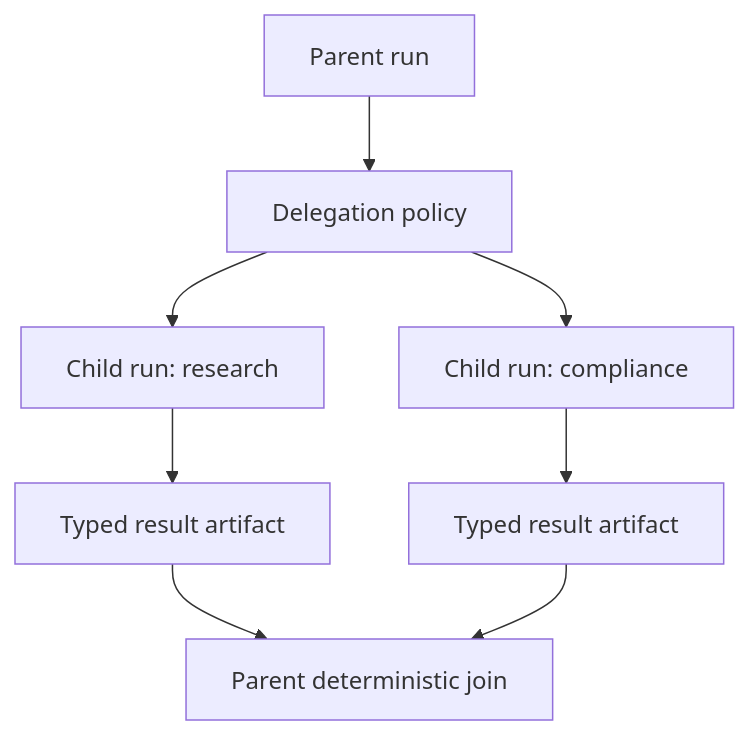
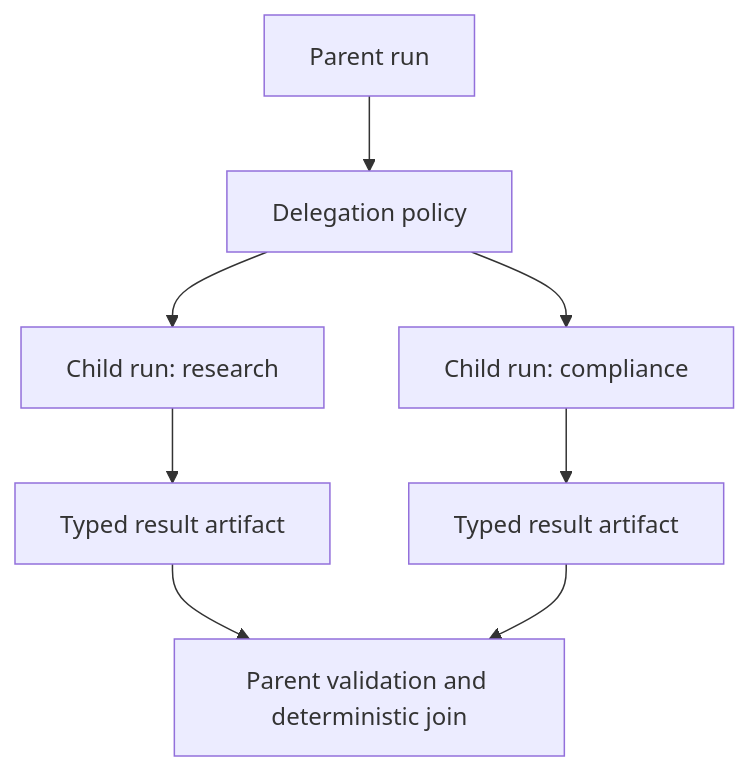
The diagram in patterns/child-agents.mdx (thaithienvanid/agentic-reference-architecture), drawn with Mermaid before and after one commit. The commit also changed other lines of this file and 6 other files, not shown here.

````diff
--- a/patterns/child-agents.mdx
+++ b/patterns/child-agents.mdx
@@ -12,10 +12,10 @@
 ```mermaid
 flowchart TB
     Parent["Parent run"] --> Policy["Delegation policy"]
     Policy --> A["Child run: research"]
     Policy --> B["Child run: compliance"]
     A --> RA["Typed result artifact"]
     B --> RB["Typed result artifact"]
-    RA --> Join["Parent deterministic join"]
+    RA --> Join["Parent validation and deterministic join"]
     RB --> Join
 ```
````
